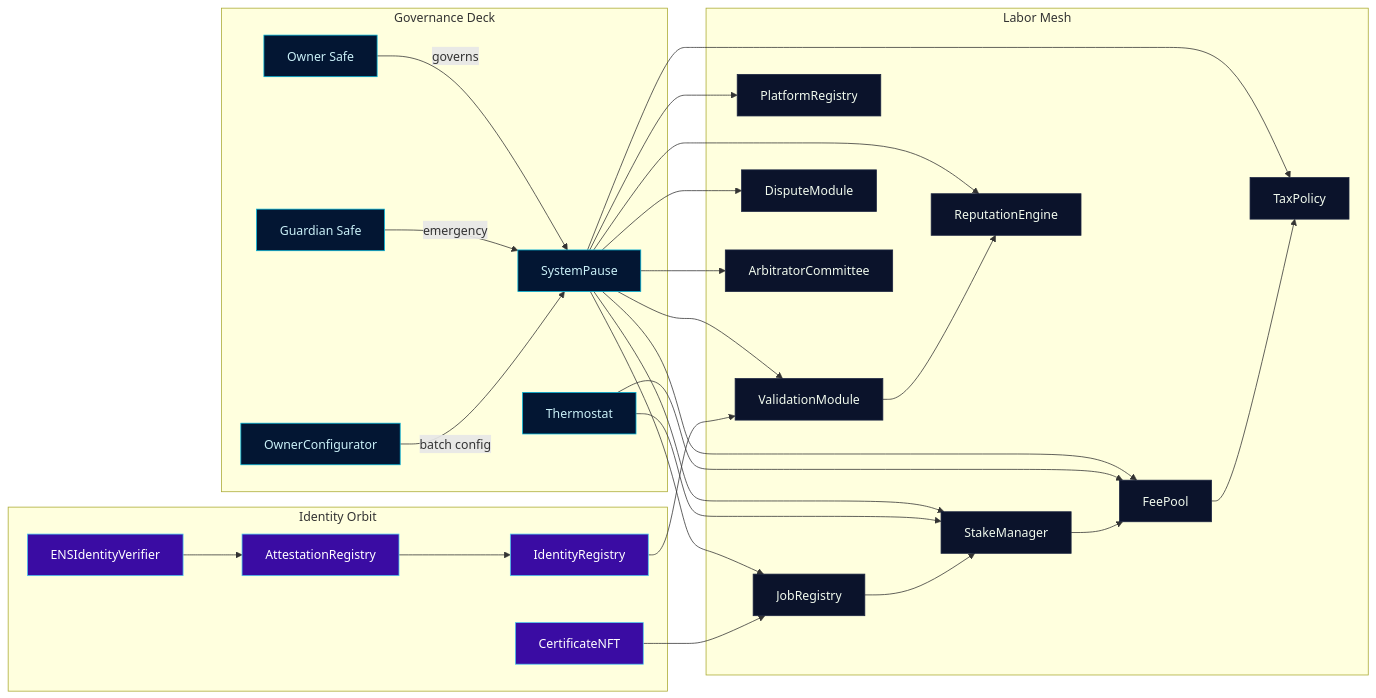
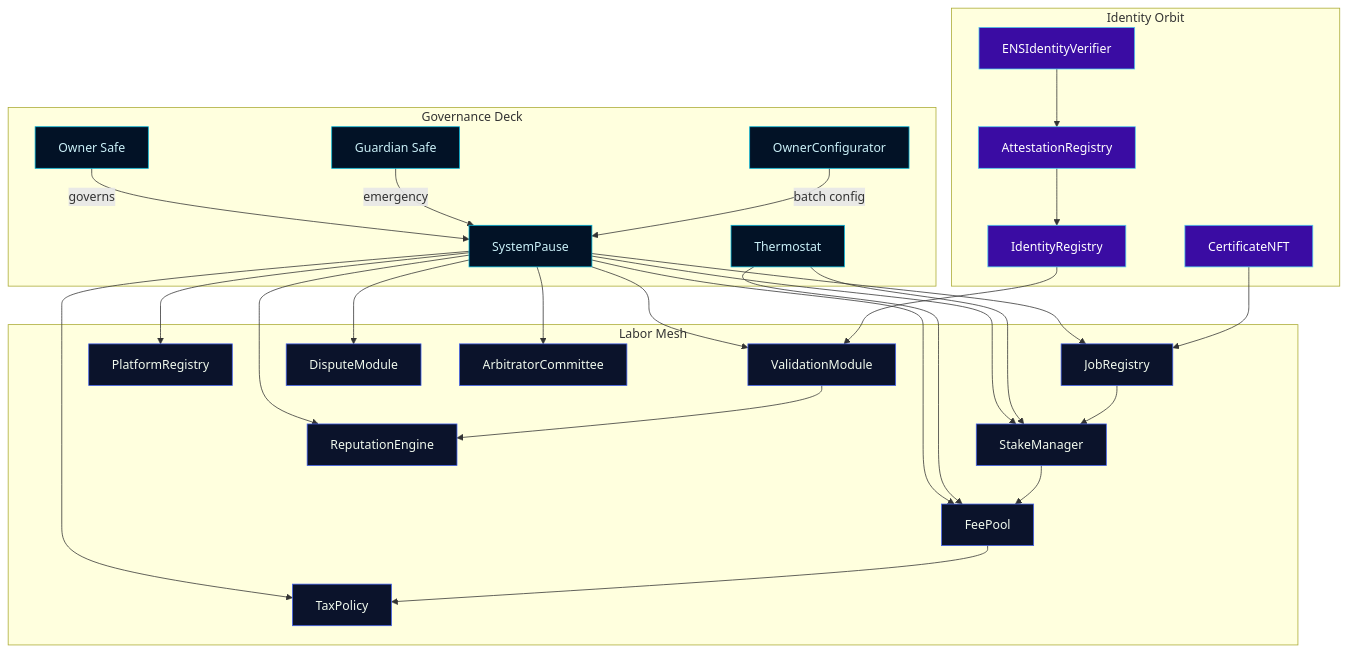
The first of 5 diagrams in docs/README.md (MontrealAI/agijobs-sovereign-labor-v0p1), drawn with Mermaid before and after one commit. The commit also changed other lines of this file, not shown here.

````diff
--- a/docs/README.md
+++ b/docs/README.md
@@ -52,47 +47,47 @@
 ```mermaid
-graph LR
+graph TD
     subgraph GovernanceDeck[Governance Deck]
         owner[Owner Safe]
         guardian[Guardian Safe]
         configurator[OwnerConfigurator]
         pause[SystemPause]
         thermo[Thermostat]
     end
     subgraph LaborMesh[Labor Mesh]
         job[JobRegistry]
         stake[StakeManager]
         platform[PlatformRegistry]
         validate[ValidationModule]
         dispute[DisputeModule]
         fee[FeePool]
         rep[ReputationEngine]
         arb[ArbitratorCommittee]
         tax[TaxPolicy]
     end
     subgraph IdentityOrbit[Identity Orbit]
-        id[IdentityRegistry]
+        identity[IdentityRegistry]
         attest[AttestationRegistry]
         cert[CertificateNFT]
         ens[ENSIdentityVerifier]
     end
     owner -->|governs| pause
     guardian -->|emergency| pause
     configurator -->|batch config| pause
     pause --> job & stake & platform & validate & dispute & fee & rep & arb & tax
     thermo --> fee
     thermo --> stake
     validate --> rep
     job --> stake
     stake --> fee
     fee --> tax
-    id --> validate
-    attest --> id
+    identity --> validate
+    attest --> identity
     ens --> attest
     cert --> job
-    classDef GovernanceDeck fill:#031633,stroke:#00b4d8,color:#caf0f8;
-    classDef LaborMesh fill:#0b132b,stroke:#1c2541,color:#f1faee;
-    classDef IdentityOrbit fill:#3a0ca3,stroke:#4cc9f0,color:#fff;
+    classDef GovernanceDeck fill:#021226,stroke:#00b4d8,color:#caf0f8;
+    classDef LaborMesh fill:#0b132b,stroke:#4361ee,color:#f1faee;
+    classDef IdentityOrbit fill:#3a0ca3,stroke:#4cc9f0,color:#ffffff;
     class owner,guardian,configurator,pause,thermo GovernanceDeck;
     class job,stake,platform,validate,dispute,fee,rep,arb,tax LaborMesh;
-    class id,attest,cert,ens IdentityOrbit;
+    class identity,attest,cert,ens IdentityOrbit;
 ```
````
